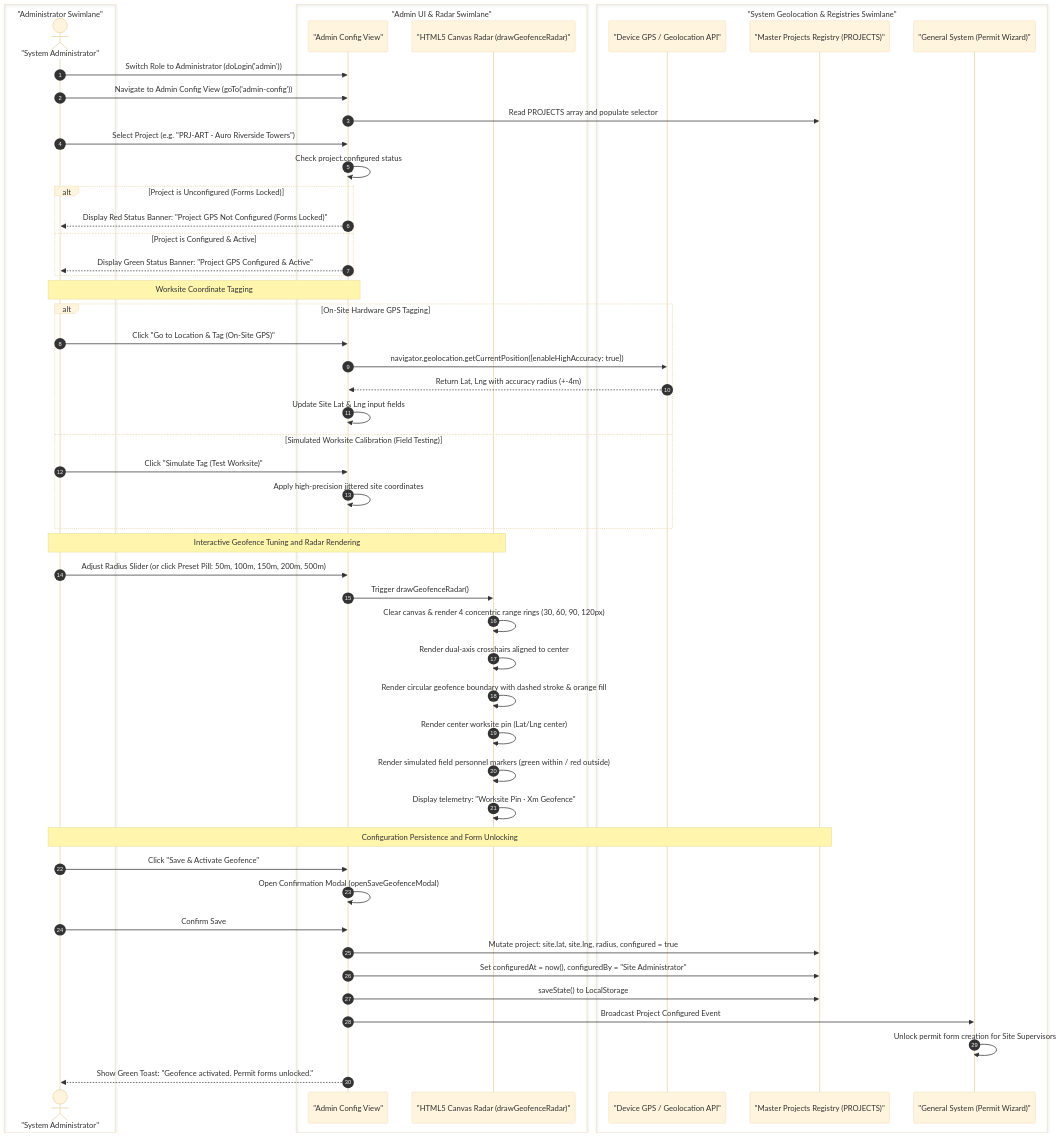
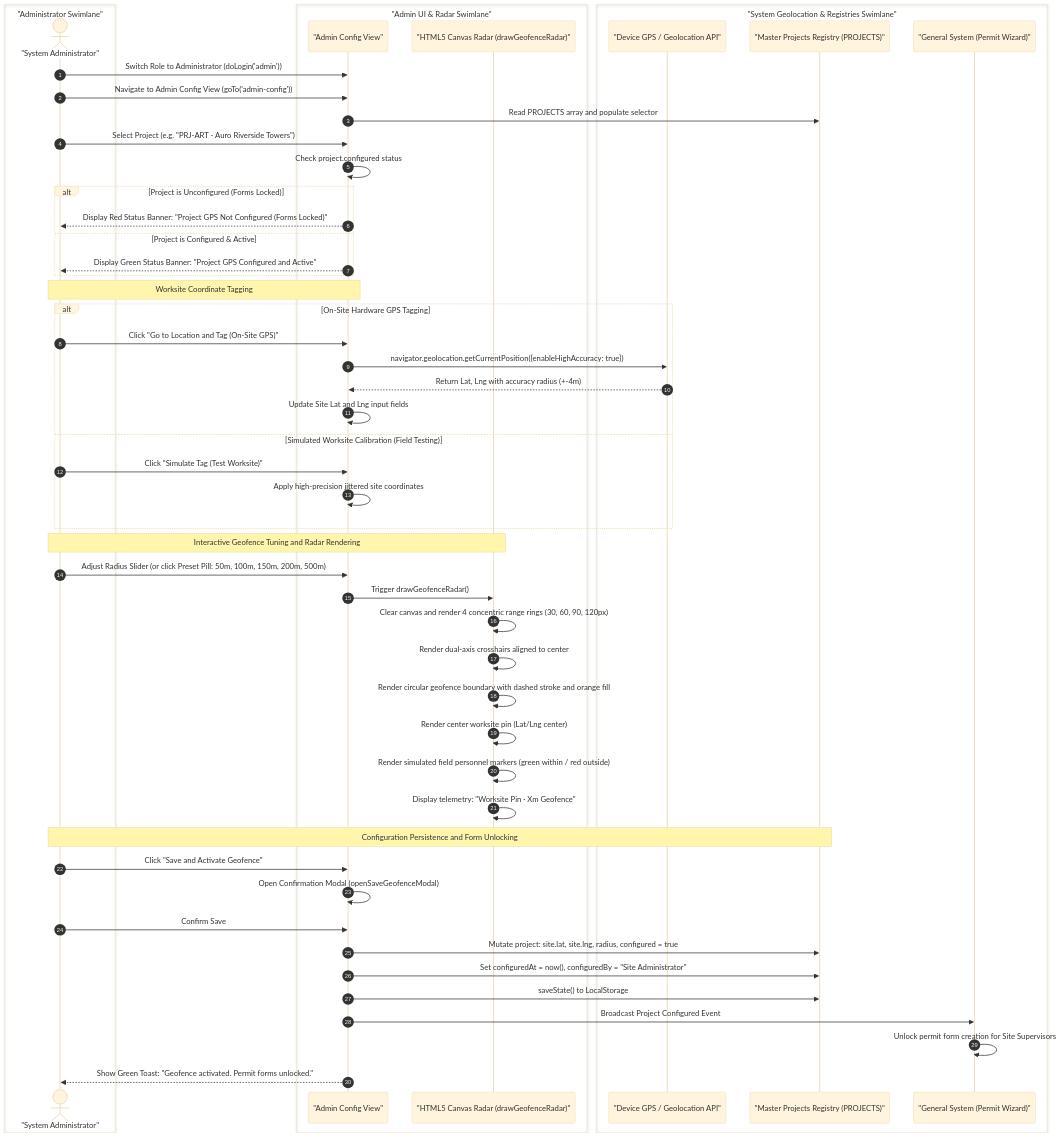
One commit to AuroGroupAutomationBot/ARPL-EHS-Demo changed diagram 38 of 44 in README.md. Above: the diagram before and after it, drawn with Mermaid (base theme). The commit also changed other lines of this file, not shown here.

Commit message:
Update Project Files

````diff
--- a/README.md
+++ b/README.md
@@ -2791,59 +2830,59 @@
 ```mermaid
 sequenceDiagram
     autonumber
     box "Administrator Swimlane"
         actor ADM as "System Administrator"
     end
     box "Admin UI & Radar Swimlane"
         participant UI as "Admin Config View"
         participant RAD as "HTML5 Canvas Radar (drawGeofenceRadar)"
     end
     box "System Geolocation & Registries Swimlane"
         participant GPS as "Device GPS / Geolocation API"
         participant DB as "Master Projects Registry (PROJECTS)"
         participant APP as "General System (Permit Wizard)"
     end
 
     ADM->>UI: Switch Role to Administrator (doLogin('admin'))
     ADM->>UI: Navigate to Admin Config View (goTo('admin-config'))
     UI->>DB: Read PROJECTS array and populate selector
     ADM->>UI: Select Project (e.g. "PRJ-ART - Auro Riverside Towers")
     UI->>UI: Check project.configured status
     alt Project is Unconfigured (Forms Locked)
         UI-->>ADM: Display Red Status Banner: "Project GPS Not Configured (Forms Locked)"
     else Project is Configured & Active
-        UI-->>ADM: Display Green Status Banner: "Project GPS Configured & Active"
+        UI-->>ADM: Display Green Status Banner: "Project GPS Configured and Active"
     end
 
     Note over ADM,UI: Worksite Coordinate Tagging
     alt On-Site Hardware GPS Tagging
-        ADM->>UI: Click "Go to Location & Tag (On-Site GPS)"
+        ADM->>UI: Click "Go to Location and Tag (On-Site GPS)"
         UI->>GPS: navigator.geolocation.getCurrentPosition({enableHighAccuracy: true})
         GPS-->>UI: Return Lat, Lng with accuracy radius (+-4m)
-        UI->>UI: Update Site Lat & Lng input fields
+        UI->>UI: Update Site Lat and Lng input fields
     else Simulated Worksite Calibration (Field Testing)
         ADM->>UI: Click "Simulate Tag (Test Worksite)"
         UI->>UI: Apply high-precision jittered site coordinates
     end
 
     Note over ADM,RAD: Interactive Geofence Tuning and Radar Rendering
     ADM->>UI: Adjust Radius Slider (or click Preset Pill: 50m, 100m, 150m, 200m, 500m)
     UI->>RAD: Trigger drawGeofenceRadar()
-    RAD->>RAD: Clear canvas & render 4 concentric range rings (30, 60, 90, 120px)
+    RAD->>RAD: Clear canvas and render 4 concentric range rings (30, 60, 90, 120px)
     RAD->>RAD: Render dual-axis crosshairs aligned to center
-    RAD->>RAD: Render circular geofence boundary with dashed stroke & orange fill
+    RAD->>RAD: Render circular geofence boundary with dashed stroke and orange fill
     RAD->>RAD: Render center worksite pin (Lat/Lng center)
     RAD->>RAD: Render simulated field personnel markers (green within / red outside)
     RAD->>RAD: Display telemetry: "Worksite Pin · Xm Geofence"
 
     Note over ADM,DB: Configuration Persistence and Form Unlocking
-    ADM->>UI: Click "Save & Activate Geofence"
+    ADM->>UI: Click "Save and Activate Geofence"
     UI->>UI: Open Confirmation Modal (openSaveGeofenceModal)
     ADM->>UI: Confirm Save
     UI->>DB: Mutate project: site.lat, site.lng, radius, configured = true
     UI->>DB: Set configuredAt = now(), configuredBy = "Site Administrator"
     UI->>DB: saveState() to LocalStorage
     UI->>APP: Broadcast Project Configured Event
     APP->>APP: Unlock permit form creation for Site Supervisors
     UI-->>ADM: Show Green Toast: "Geofence activated. Permit forms unlocked."
 ```
````
